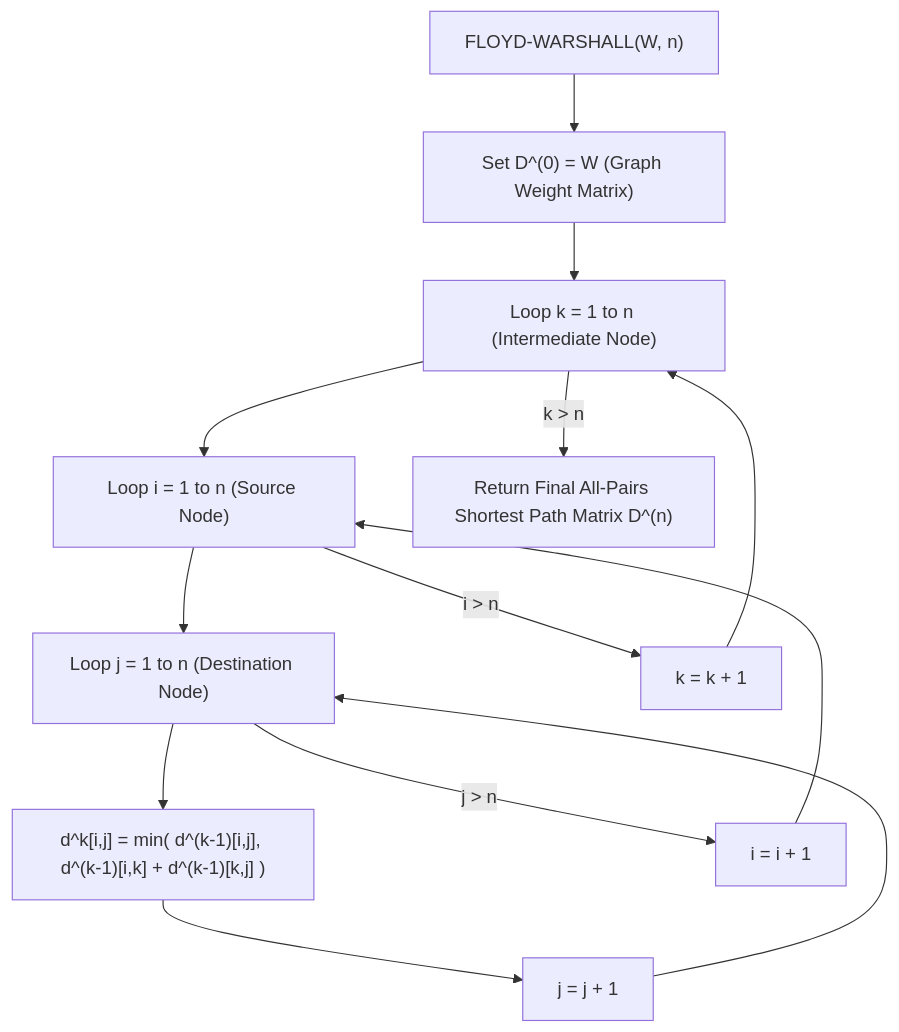
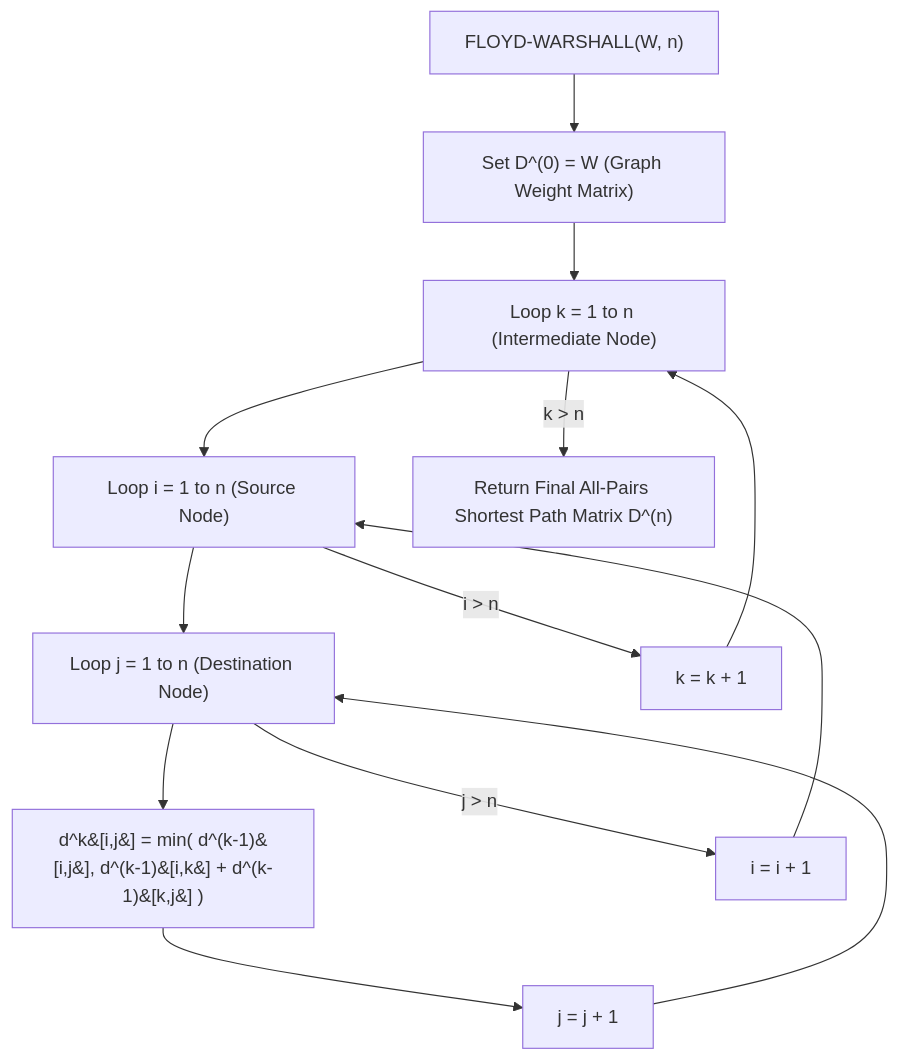
The second of 2 diagrams in notes/design_and_analysis_of_algorithms/Unit_06_Dynamic_Programming.md (DeepLumiere/DeepSkills), drawn with Mermaid before and after one commit. The commit also changed other lines of this file and 56 other files, not shown here.

````diff
--- a/notes/design_and_analysis_of_algorithms/Unit_06_Dynamic_Programming.md
+++ b/notes/design_and_analysis_of_algorithms/Unit_06_Dynamic_Programming.md
@@ -643,23 +643,23 @@
 ```mermaid
 
 flowchart TD
 
     Start["FLOYD-WARSHALL(W, n)"] --> Init["Set D^(0) = W (Graph Weight Matrix)"]
 
     Init --> KLoop["Loop k = 1 to n (Intermediate Node)"]
 
     KLoop --> ILoop["Loop i = 1 to n (Source Node)"]
 
     ILoop --> JLoop["Loop j = 1 to n (Destination Node)"]
 
-    JLoop --> Update["d^k[i,j] = min( d^(k-1)[i,j], d^(k-1)[i,k] + d^(k-1)[k,j] )"]
+    JLoop --> Update["d^k&#91;i,j&#93; = min( d^(k-1)&#91;i,j&#93;, d^(k-1)&#91;i,k&#93; + d^(k-1)&#91;k,j&#93; )"]
 
     Update --> NextJ["j = j + 1"] --> JLoop
 
     JLoop -- "j > n" --> NextI["i = i + 1"] --> ILoop
 
     ILoop -- "i > n" --> NextK["k = k + 1"] --> KLoop
 
     KLoop -- "k > n" --> Done["Return Final All-Pairs Shortest Path Matrix D^(n)"]
 
 ```
````
